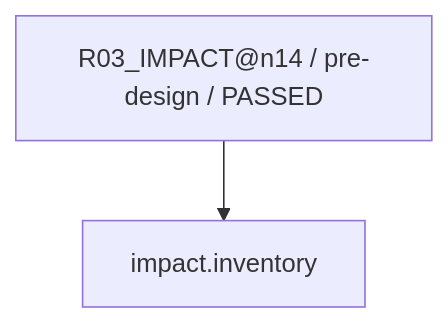
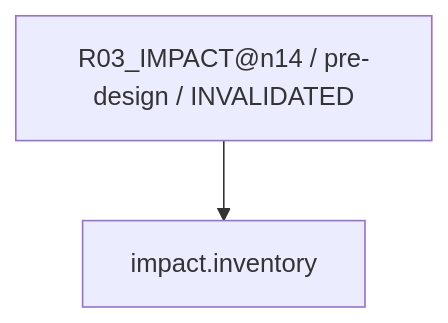
Diagram 12 of 28 in work/items/W-MATH-048-n1314-source-audit/generated/CAPABILITY_FIRE_DIAGRAM.md (rrikunagasige-dot/kyotsu-step-web), drawn with Mermaid before and after one commit. The commit also changed other lines of this file and 32 other files, not shown here.

````diff
--- a/work/items/W-MATH-048-n1314-source-audit/generated/CAPABILITY_FIRE_DIAGRAM.md
+++ b/work/items/W-MATH-048-n1314-source-audit/generated/CAPABILITY_FIRE_DIAGRAM.md
@@ -186,6 +186,6 @@
 ```mermaid
 flowchart TD
-  N0["R03_IMPACT@n14 / pre-design / PASSED"]
+  N0["R03_IMPACT@n14 / pre-design / INVALIDATED"]
   N1["impact.inventory"]
   N0 --> N1
 ```
````
